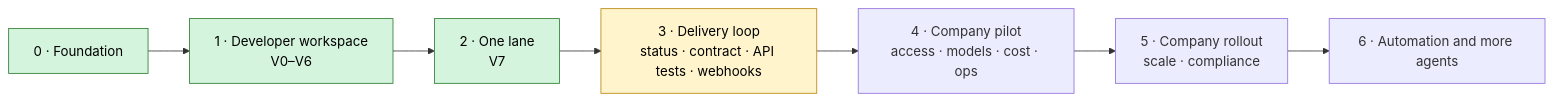
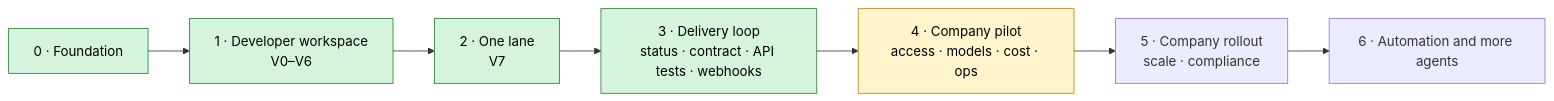
The first of 5 diagrams in docs/plans/aura-git-control-plane.md (HasithaErandika/aura), drawn with Mermaid before and after one commit. The commit also changed other lines of this file and 8 other files, not shown here.

````diff
--- a/docs/plans/aura-git-control-plane.md
+++ b/docs/plans/aura-git-control-plane.md
@@ -22,6 +22,6 @@
 ```mermaid
 flowchart LR
-    P0["0 · Foundation"]:::done --> P1["1 · Developer workspace<br/>V0–V6"]:::done --> P2["2 · One lane<br/>V7"]:::done --> P3["3 · Delivery loop<br/>status · contract · API tests · webhooks"]:::wip --> P4["4 · Company pilot<br/>access · models · cost · ops"] --> P5["5 · Company rollout<br/>scale · compliance"] --> P6["6 · Automation and more agents"]
+    P0["0 · Foundation"]:::done --> P1["1 · Developer workspace<br/>V0–V6"]:::done --> P2["2 · One lane<br/>V7"]:::done --> P3["3 · Delivery loop<br/>status · contract · API tests · webhooks"]:::done --> P4["4 · Company pilot<br/>access · models · cost · ops"]:::wip --> P5["5 · Company rollout<br/>scale · compliance"] --> P6["6 · Automation and more agents"]
     classDef done fill:#d4f4dd,stroke:#2e7d32,color:#000
     classDef wip fill:#fff4cc,stroke:#b8860b,color:#000
 ```
````
